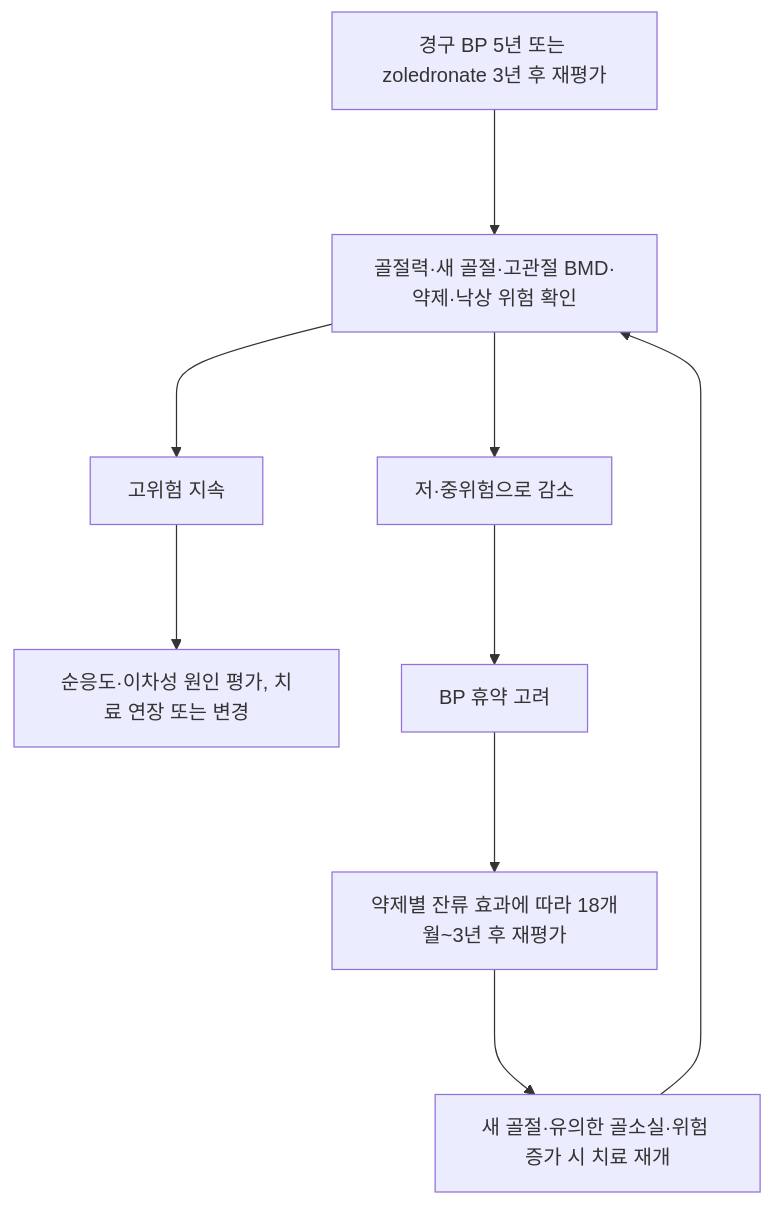
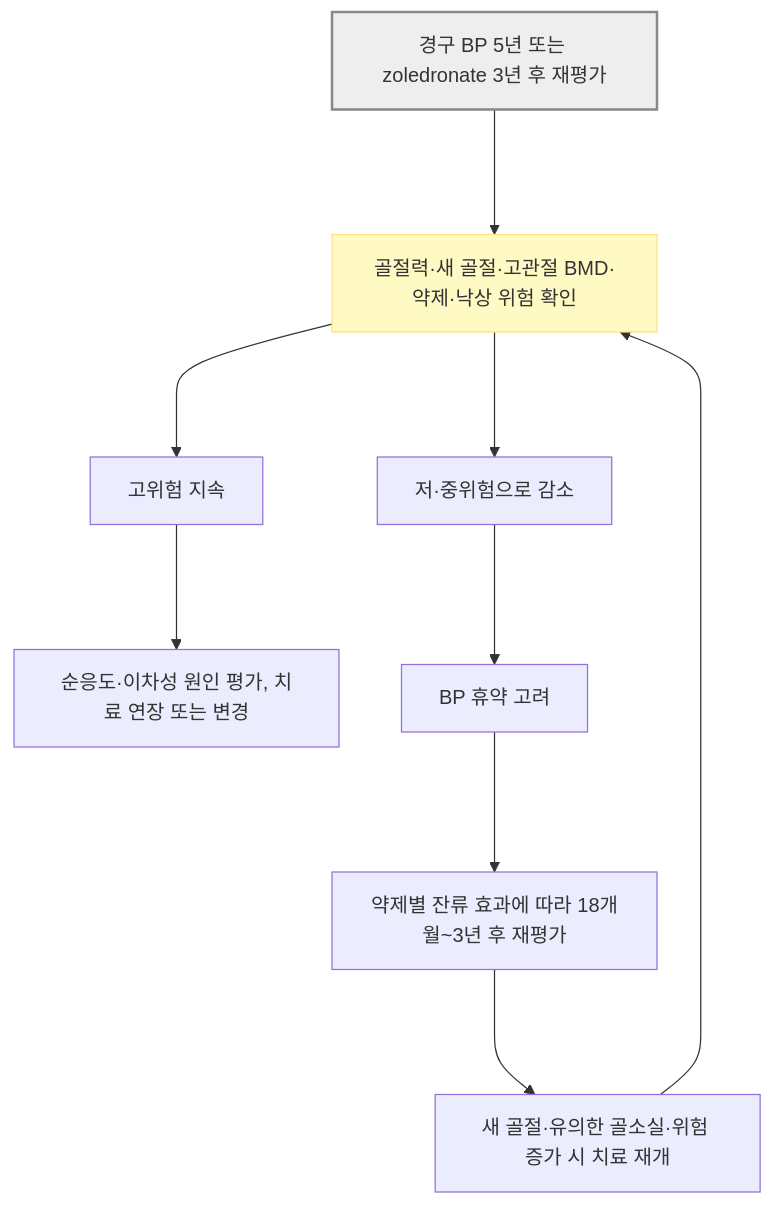
Before and after one commit to familyoh77/familyoh77: the second of 2 diagrams in 228_/149_-osteoporosis.md, drawn with Mermaid. The commit also changed other lines of this file and 10 other files, not shown here.

````diff
--- a/228_/149_-osteoporosis.md
+++ b/228_/149_-osteoporosis.md
@@ -418,12 +423,16 @@
 ```mermaid
-graph TD
+flowchart TD
     A["경구 BP 5년 또는 zoledronate 3년 후 재평가"]
     A ---> B["골절력·새 골절·고관절 BMD·약제·낙상 위험 확인"]
     B ---> H["고위험 지속"]
     B ---> L["저·중위험으로 감소"]
     H ---> C["순응도·이차성 원인 평가, 치료 연장 또는 변경"]
     L ---> D["BP 휴약 고려"]
     D ---> E["약제별 잔류 효과에 따라 18개월~3년 후 재평가"]
     E ---> R["새 골절·유의한 골소실·위험 증가 시 치료 재개"]
     R ---> B
+
+    classDef question fill:#fff9c4,stroke:#ffe082
+    class B question
+    style A fill:#eeeeee,stroke:#888888,stroke-width:2px
 ```
````
